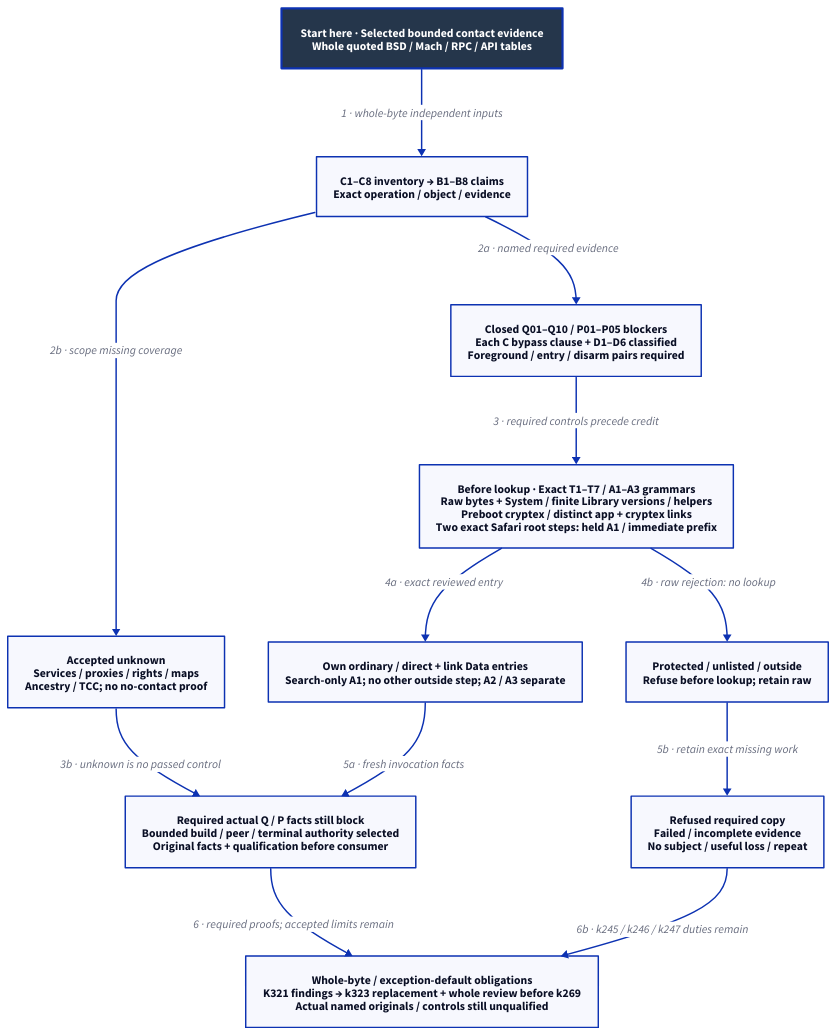
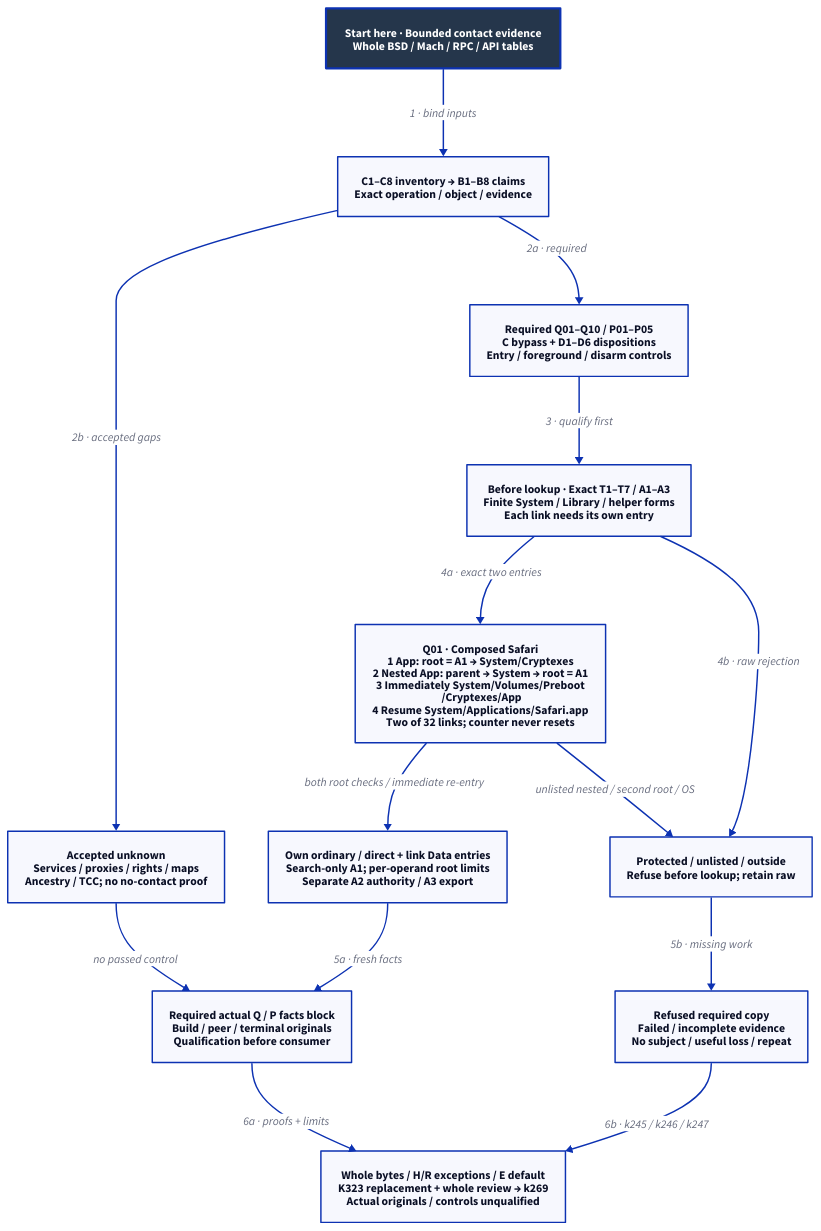
The diagram in docs/design/architecture/native-reference-contact.d2 (Linkuistics/Koine), drawn with D2 before and after one commit. The commit also changed 22 other files, not shown here.

Commit message:
Specify composed Safari admission and retain coupled lifecycle work (reference-evidence-safari-composition-k324)

```diff
--- a/docs/design/architecture/native-reference-contact.d2
+++ b/docs/design/architecture/native-reference-contact.d2
@@ -1,26 +1,29 @@
 # Selected bounded contact/pre-lookup design; no control or target evidence supplied.
 direction: down
 classes: {
   start: {style: {fill: "#25364B"; font-color: "#FFFFFF"; bold: true; stroke-width: 3}}
 }
-Start: "Start here · Selected bounded contact evidence\nWhole quoted BSD / Mach / RPC / API tables" {class: start}
+Start: "Start here · Bounded contact evidence\nWhole BSD / Mach / RPC / API tables" {class: start}
 Claims: "C1–C8 inventory → B1–B8 claims\nExact operation / object / evidence"
-Controls: "Closed Q01–Q10 / P01–P05 blockers\nEach C bypass clause + D1–D6 classified\nForeground / entry / disarm pairs required"
+Controls: "Required Q01–Q10 / P01–P05\nC bypass + D1–D6 dispositions\nEntry / foreground / disarm controls"
 Unknown: "Accepted unknown\nServices / proxies / rights / maps\nAncestry / TCC; no no-contact proof"
-Policy: "Before lookup · Exact T1–T7 / A1–A3 grammars\nRaw bytes + System / finite Library versions / helpers\nPreboot cryptex / distinct app + cryptex links\nTwo exact Safari root steps: held A1 / immediate prefix"
-Allowed: "Own ordinary / direct + link Data entries\nSearch-only A1; no other outside step; A2 / A3 separate"
+Policy: "Before lookup · Exact T1–T7 / A1–A3\nFinite System / Library / helper forms\nEach link needs its own entry"
+Safari: "Q01 · Composed Safari\n1 App: root = A1 → System/Cryptexes\n2 Nested App: parent → System → root = A1\n3 Immediately System/Volumes/Preboot\n  /Cryptexes/App\n4 Resume System/Applications/Safari.app\nTwo of 32 links; counter never resets"
+Allowed: "Own ordinary / direct + link Data entries\nSearch-only A1; per-operand root limits\nSeparate A2 authority / A3 export"
 Refuse: "Protected / unlisted / outside\nRefuse before lookup; retain raw"
-Gate: "Required actual Q / P facts still block\nBounded build / peer / terminal authority selected\nOriginal facts + qualification before consumer"
+Gate: "Required actual Q / P facts block\nBuild / peer / terminal originals\nQualification before consumer"
 Failed: "Refused required copy\nFailed / incomplete evidence\nNo subject / useful loss / repeat"
-Whole: "Whole-byte / exception-default obligations\nK321 findings → k323 replacement + whole review before k269\nActual named originals / controls still unqualified"
-Start -> Claims: "1 · whole-byte independent inputs"
-Claims -> Controls: "2a · named required evidence"
-Claims -> Unknown: "2b · scope missing coverage"
-Controls -> Policy: "3 · required controls precede credit"
-Unknown -> Gate: "3b · unknown is no passed control"
-Policy -> Allowed: "4a · exact reviewed entry"
-Policy -> Refuse: "4b · raw rejection: no lookup"
-Allowed -> Gate: "5a · fresh invocation facts"
-Refuse -> Failed: "5b · retain exact missing work"
-Gate -> Whole: "6 · required proofs; accepted limits remain"
-Failed -> Whole: "6b · k245 / k246 / k247 duties remain"
+Whole: "Whole bytes / H/R exceptions / E default\nK323 replacement + whole review → k269\nActual originals / controls unqualified"
+Start -> Claims: "1 · bind inputs"
+Claims -> Controls: "2a · required"
+Claims -> Unknown: "2b · accepted gaps"
+Controls -> Policy: "3 · qualify first"
+Unknown -> Gate: "no passed control"
+Policy -> Safari: "4a · exact two entries"
+Safari -> Allowed: "both root checks / immediate re-entry"
+Safari -> Refuse: "unlisted nested / second root / OS"
+Policy -> Refuse: "4b · raw rejection"
+Allowed -> Gate: "5a · fresh facts"
+Refuse -> Failed: "5b · missing work"
+Gate -> Whole: "6a · proofs + limits"
+Failed -> Whole: "6b · k245 / k246 / k247"
```
